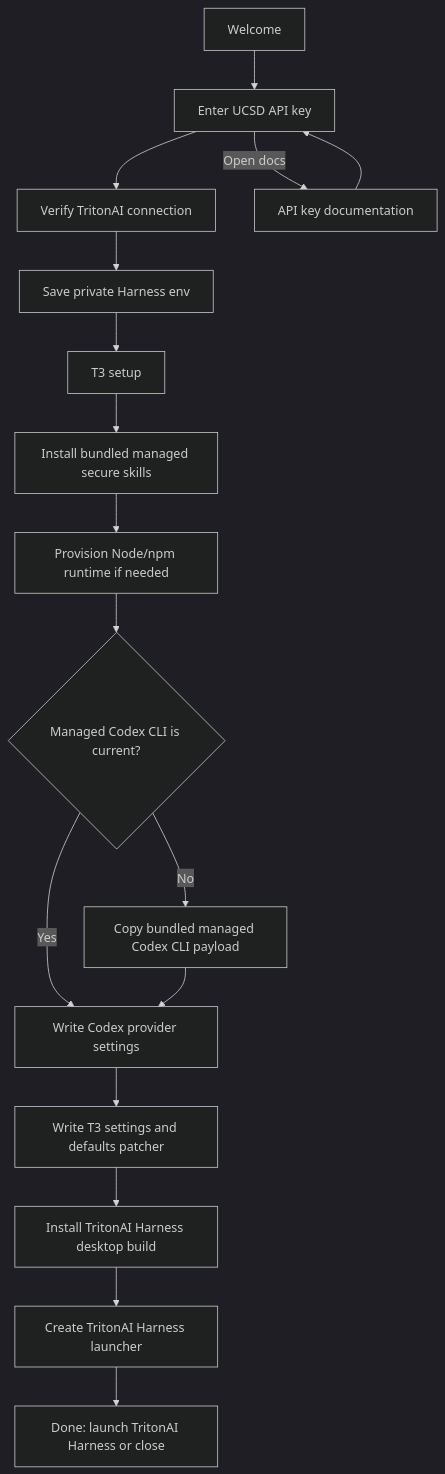
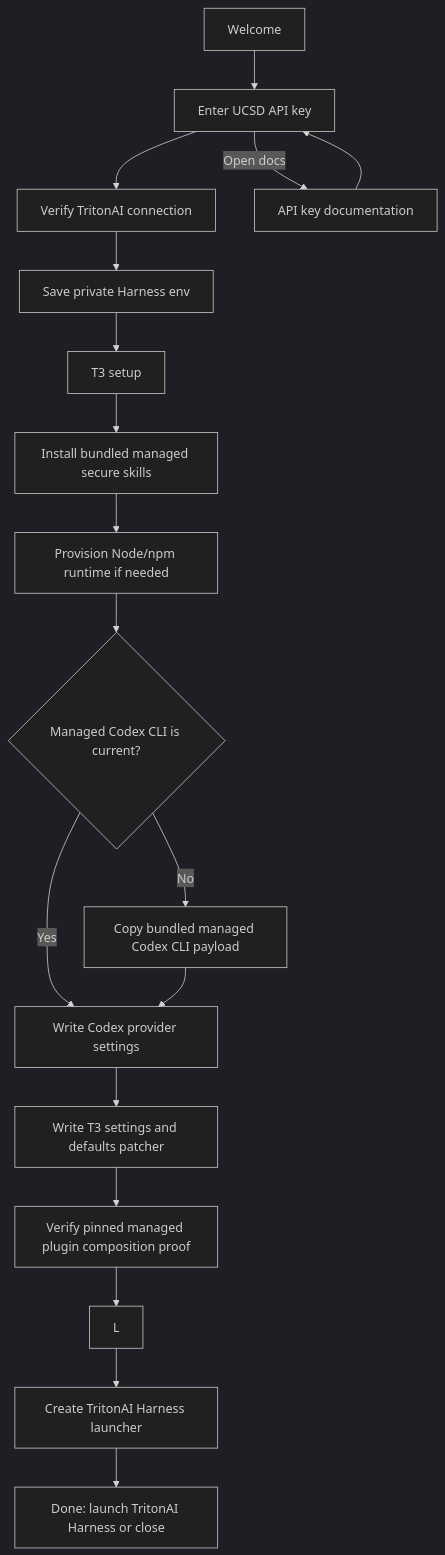
The diagram in docs/architecture.md (dbalders/TritonAI-Installer), drawn with Mermaid (dark theme) before and after one commit. The commit also changed other lines of this file and 23 other files, not shown here.

First line of the commit message:
Add managed Harness plugin composition pipeline (#44)

````diff
--- a/docs/architecture.md
+++ b/docs/architecture.md
@@ -9,19 +9,20 @@
 ```mermaid
 flowchart TD
   A["Welcome"] --> B["Enter UCSD API key"]
   B --> V["Verify TritonAI connection"]
   B -->|"Open docs"| D["API key documentation"]
   V --> C["Save private Harness env"]
   D --> B
   C --> E["T3 setup"]
   E --> S["Install bundled managed secure skills"]
   S --> F["Provision Node/npm runtime if needed"]
   F --> G{"Managed Codex CLI is current?"}
   G -->|"Yes"| J["Write Codex provider settings"]
   G -->|"No"| I["Copy bundled managed Codex CLI payload"]
   I --> J
   J --> K["Write T3 settings and defaults patcher"]
-  K --> L["Install TritonAI Harness desktop build"]
+  K --> P["Verify pinned managed plugin composition proof"]
+  P --> L
   L --> M["Create TritonAI Harness launcher"]
   M --> N["Done: launch TritonAI Harness or close"]
 ```
````
